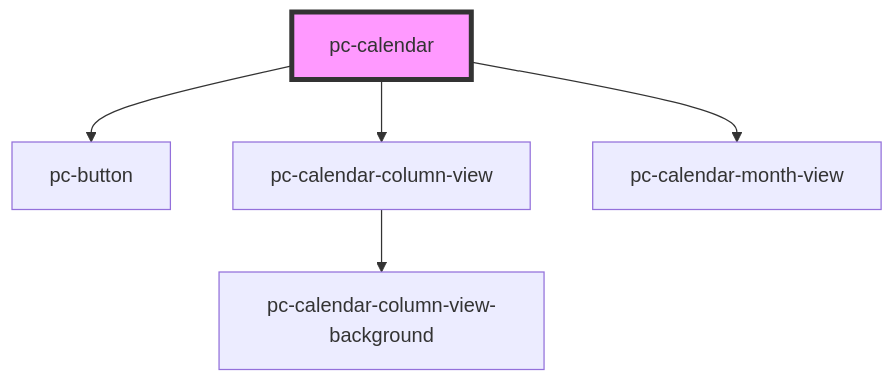
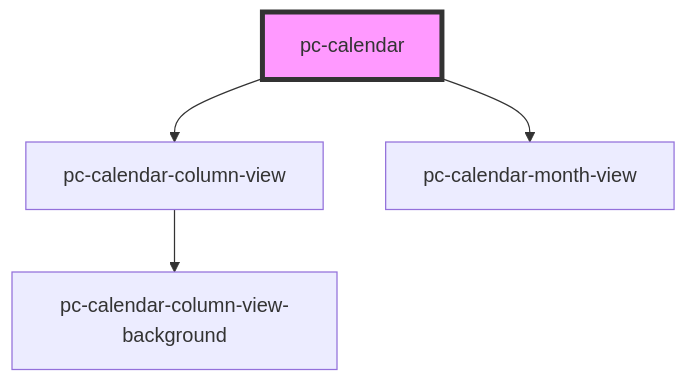
One commit to redvars/peacock changed the diagram in src/components/application/calendar/calendar/readme.md. Above: the diagram before and after it, drawn with Mermaid. The commit also changed other lines of this file and 62 other files, not shown here.

````diff
--- a/src/components/application/calendar/calendar/readme.md
+++ b/src/components/application/calendar/calendar/readme.md
@@ -37,8 +36,7 @@
 ```mermaid
 graph TD;
-  pc-calendar --> pc-button
   pc-calendar --> pc-calendar-column-view
   pc-calendar --> pc-calendar-month-view
   pc-calendar-column-view --> pc-calendar-column-view-background
   style pc-calendar fill:#f9f,stroke:#333,stroke-width:4px
 ```
````
